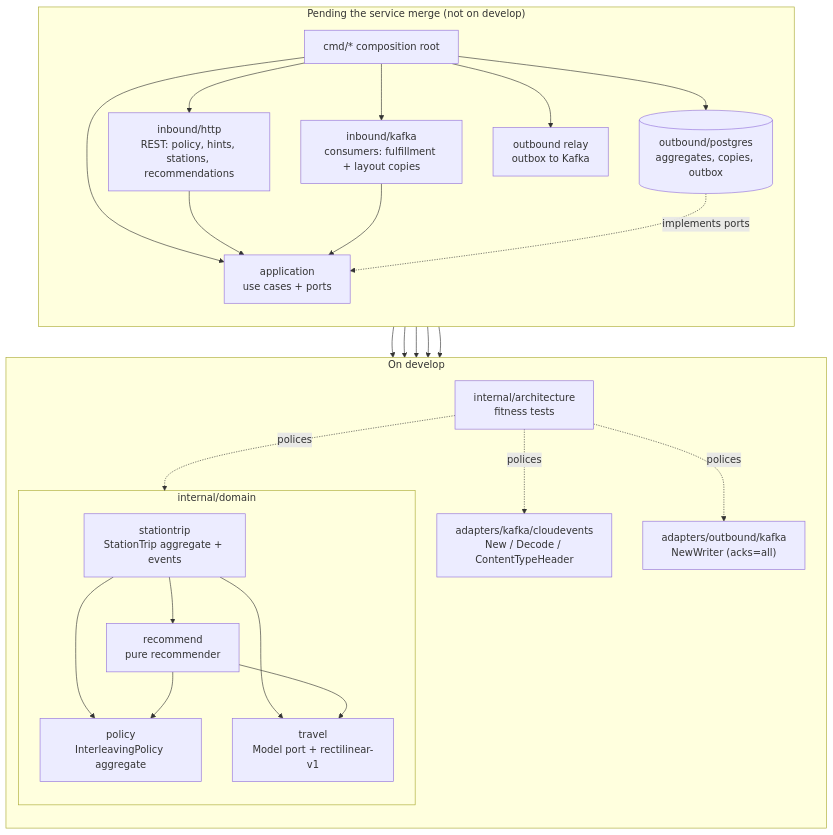
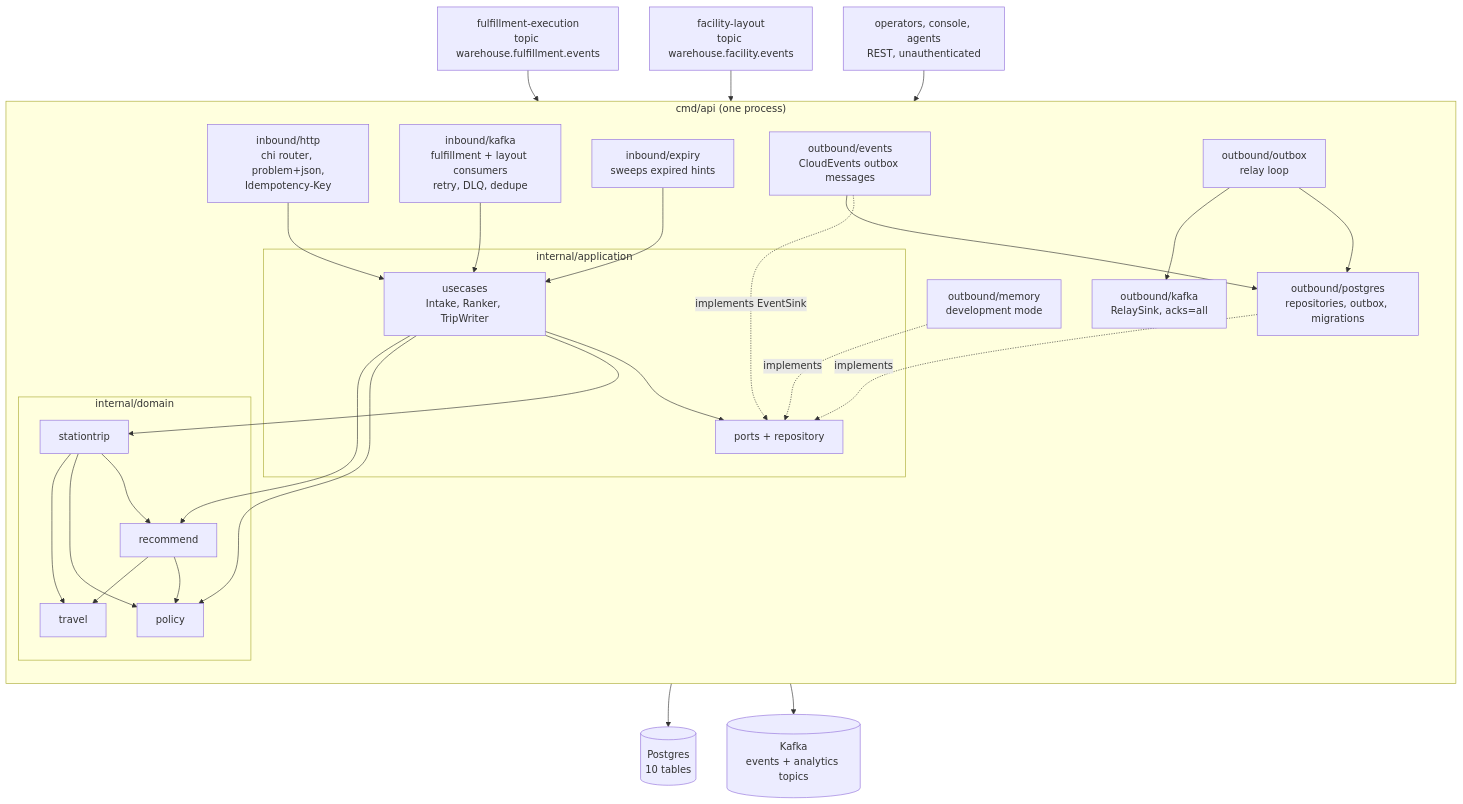
Before and after one commit to IQVO/task-interleaving: the diagram in docs/docs/overview/architecture.md, drawn with Mermaid. The commit also changed other lines of this file and 6 other files, not shown here.

First line of the commit message:
docs: refresh overview, testing, integration and use cases for the merged service

````diff
--- a/docs/docs/overview/architecture.md
+++ b/docs/docs/overview/architecture.md
@@ -62,45 +70,52 @@
 ```mermaid
 flowchart TB
-    subgraph pending["Pending the service merge (not on develop)"]
+    FE["fulfillment-execution<br/>topic warehouse.fulfillment.events"]
+    FL["facility-layout<br/>topic warehouse.facility.events"]
+    CLI["operators, console, agents<br/>REST, unauthenticated"]
+    subgraph svc["cmd/api (one process)"]
         direction TB
-        cmdapi["cmd/* composition root"]
-        http["inbound/http<br/>REST: policy, hints, stations, recommendations"]
-        kin["inbound/kafka<br/>consumers: fulfillment + layout copies"]
-        app["application<br/>use cases + ports"]
-        pg[("outbound/postgres<br/>aggregates, copies, outbox")]
-        relay["outbound relay<br/>outbox to Kafka"]
+        http["inbound/http<br/>chi router, problem+json,<br/>Idempotency-Key"]
+        kin["inbound/kafka<br/>fulfillment + layout consumers<br/>retry, DLQ, dedupe"]
+        exp["inbound/expiry<br/>sweeps expired hints"]
+        subgraph app["internal/application"]
+            uc["usecases<br/>Intake, Ranker, TripWriter"]
+            ports["ports + repository"]
+        end
+        subgraph dom["internal/domain"]
+            st["stationtrip"]
+            po["policy"]
+            rc["recommend"]
+            tr["travel"]
+        end
+        ev["outbound/events<br/>CloudEvents outbox messages"]
+        relay["outbound/outbox<br/>relay loop"]
+        kout["outbound/kafka<br/>RelaySink, acks=all"]
+        pgad["outbound/postgres<br/>repositories, outbox, migrations"]
+        mem["outbound/memory<br/>development mode"]
     end
-    subgraph develop["On develop"]
-        direction TB
-        ce["adapters/kafka/cloudevents<br/>New / Decode / ContentTypeHeader"]
-        kw["adapters/outbound/kafka<br/>NewWriter (acks=all)"]
-        subgraph domain["internal/domain"]
-            st["stationtrip<br/>StationTrip aggregate + events"]
-            rc["recommend<br/>pure recommender"]
-            tr["travel<br/>Model port + rectilinear-v1"]
-            po["policy<br/>InterleavingPolicy aggregate"]
-        end
-        arch["internal/architecture<br/>fitness tests"]
-    end
-    cmdapi --> http
-    cmdapi --> kin
-    cmdapi --> app
-    cmdapi --> pg
-    cmdapi --> relay
-    http --> app
-    kin --> app
-    app --> st
-    app --> po
-    app --> rc
-    pg -. implements ports .-> app
-    relay --> kw
-    relay --> ce
+    PG[("Postgres<br/>10 tables")]
+    KB[("Kafka<br/>events + analytics topics")]
+    FE --> kin
+    FL --> kin
+    CLI --> http
+    http --> uc
+    kin --> uc
+    exp --> uc
+    uc --> ports
+    uc --> st
+    uc --> po
+    uc --> rc
     st --> rc
     st --> po
     st --> tr
     rc --> po
     rc --> tr
-    arch -. polices .-> domain
-    arch -. polices .-> ce
-    arch -. polices .-> kw
+    pgad -. implements .-> ports
+    mem -. implements .-> ports
+    ev -. implements EventSink .-> ports
+    ev --> pgad
+    pgad --> PG
+    relay --> pgad
+    relay --> kout
+    kout --> KB
 ```
````
